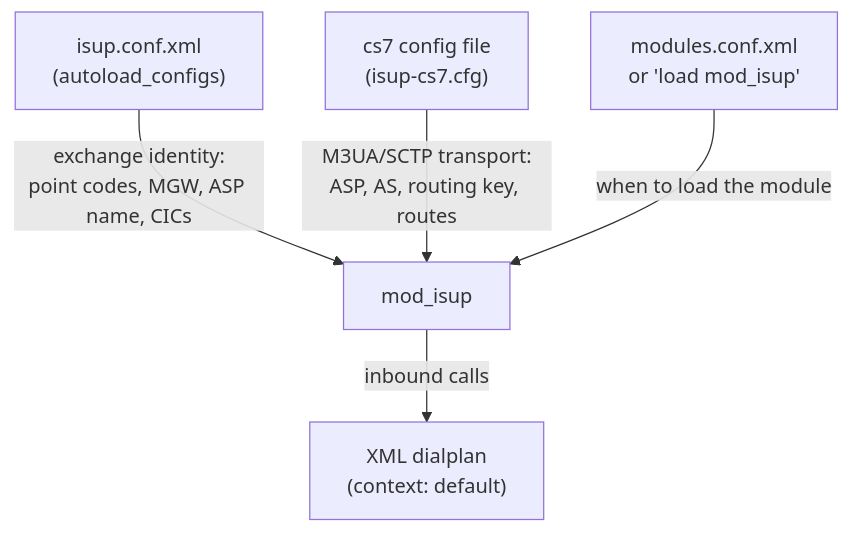
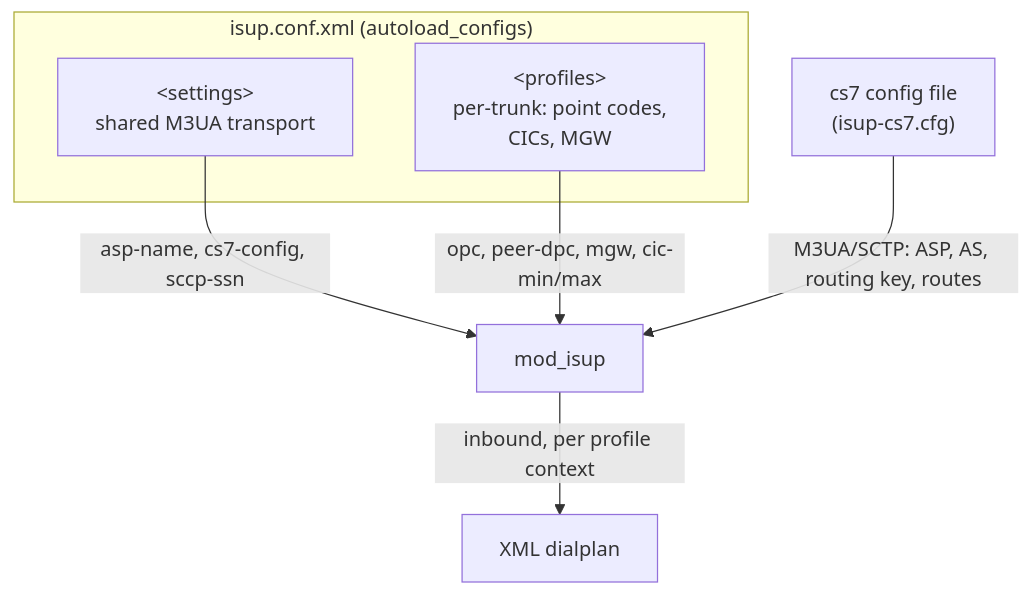
The diagram in docs/configuration.md (nickvsnetworking/freeswitch-mod_isup), drawn with Mermaid before and after one commit. The commit also changed other lines of this file and 5 other files, not shown here.

First line of the commit message:
isup: support multiple profiles (ISUP trunks) over a shared transport

````diff
--- a/docs/configuration.md
+++ b/docs/configuration.md
@@ -5,7 +10,13 @@
 ```mermaid
 flowchart TB
-    XML["isup.conf.xml<br/>(autoload_configs)"] -->|exchange identity:<br/>point codes, MGW, ASP name, CICs| MOD[mod_isup]
-    CS7["cs7 config file<br/>(isup-cs7.cfg)"] -->|M3UA/SCTP transport:<br/>ASP, AS, routing key, routes| MOD
-    FSMOD["modules.conf.xml<br/>or 'load mod_isup'"] -->|when to load the module| MOD
-    MOD -->|inbound calls| DIAL["XML dialplan<br/>(context: default)"]
+    subgraph XMLc["isup.conf.xml (autoload_configs)"]
+        S["&lt;settings&gt;<br/>shared M3UA transport"]
+        P["&lt;profiles&gt;<br/>per-trunk: point codes,<br/>CICs, MGW"]
+    end
+    CS7["cs7 config file<br/>(isup-cs7.cfg)"]
+
+    S -->|asp-name, cs7-config, sccp-ssn| MOD[mod_isup]
+    P -->|opc, peer-dpc, mgw, cic-min/max| MOD
+    CS7 -->|M3UA/SCTP: ASP, AS, routing key, routes| MOD
+    MOD -->|inbound, per profile context| DIAL["XML dialplan"]
 ```
````
